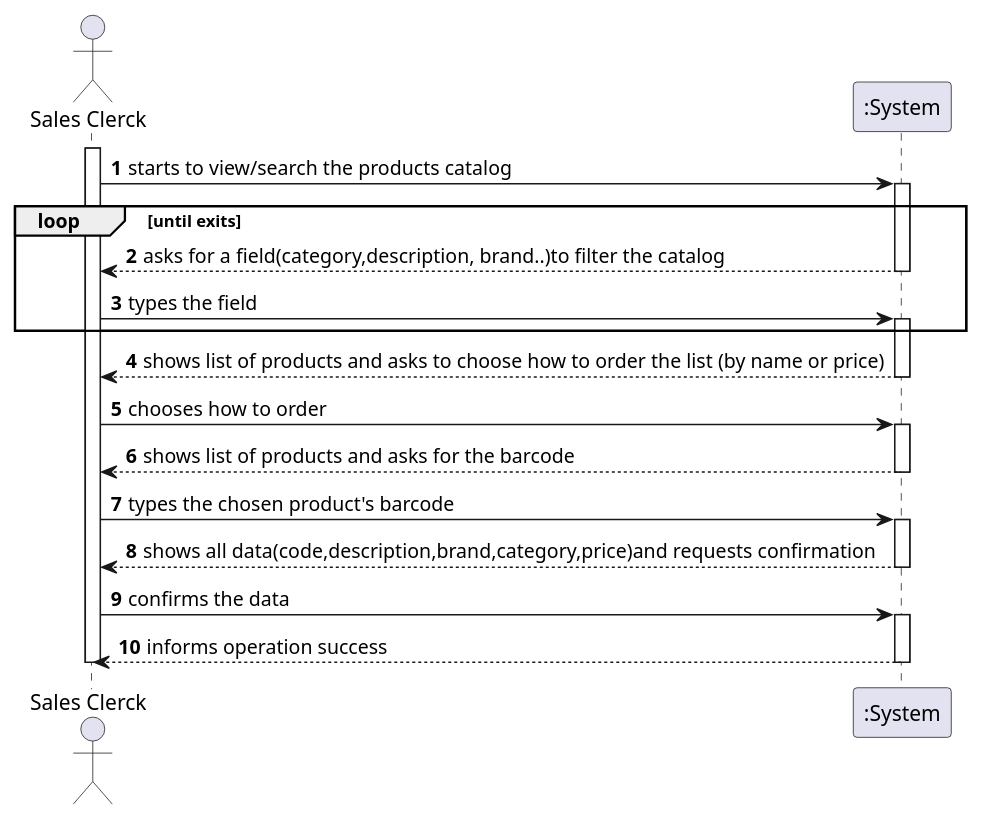
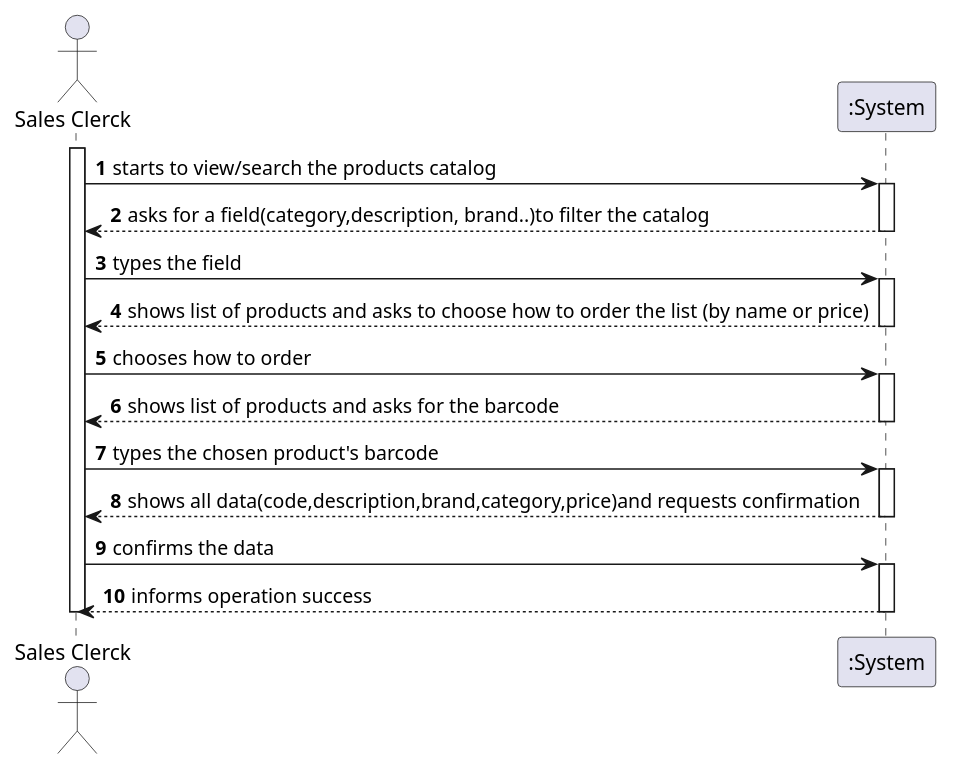
One commit to marttuga/LAPR4-SmartSystems changed the diagram in docs/Sprint2/US1002/US1002_SSD.puml. Above: the diagram before and after it, drawn with PlantUML. The commit also changed 14 other files, not shown here.

```diff
--- a/docs/Sprint2/US1002/US1002_SSD.puml
+++ b/docs/Sprint2/US1002/US1002_SSD.puml
@@ -1,40 +1,39 @@
 @startuml
 autonumber
 actor "Sales Clerck" as SC
 
 activate SC
 SC -> ":System" : starts to view/search the products catalog
 activate ":System"
-loop until exits
+
 ":System" --> SC : asks for a field(category,description, brand..)to filter the catalog
 deactivate ":System"
 
 SC -> ":System" : types the field
 activate ":System"
 
-end loop
 ":System" --> SC : shows list of products and asks to choose how to order the list (by name or price)
 deactivate ":System"
 
 SC -> ":System" : chooses how to order
 activate ":System"
 
 ":System" --> SC : shows list of products and asks for the barcode
 deactivate ":System"
 
 SC -> ":System" : types the chosen product's barcode
 activate ":System"
 
 
 ":System" --> SC :shows all data(code,description,brand,category,price)and requests confirmation
 deactivate ":System"
 SC -> ":System" : confirms the data
 
 activate ":System"
 ":System" --> SC : informs operation success
 deactivate ":System"
 
 deactivate ":System"
 deactivate SC
 
 @enduml
```
